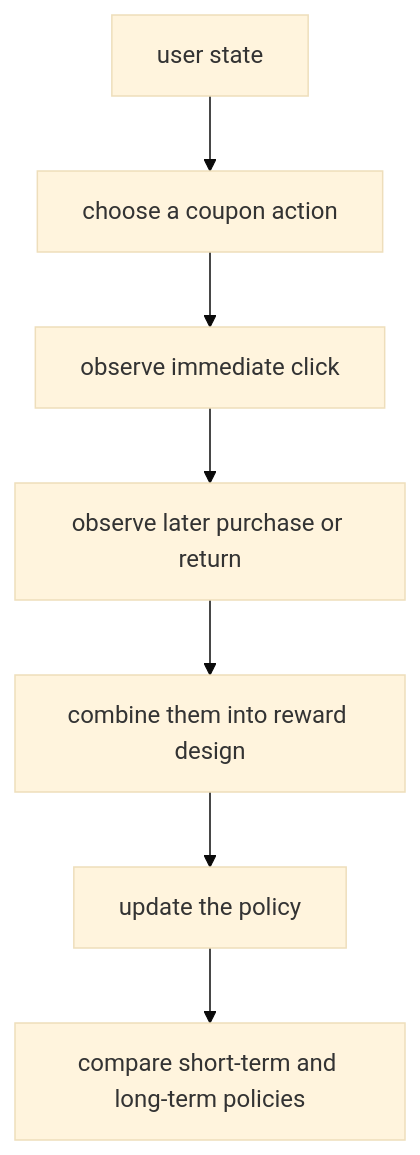
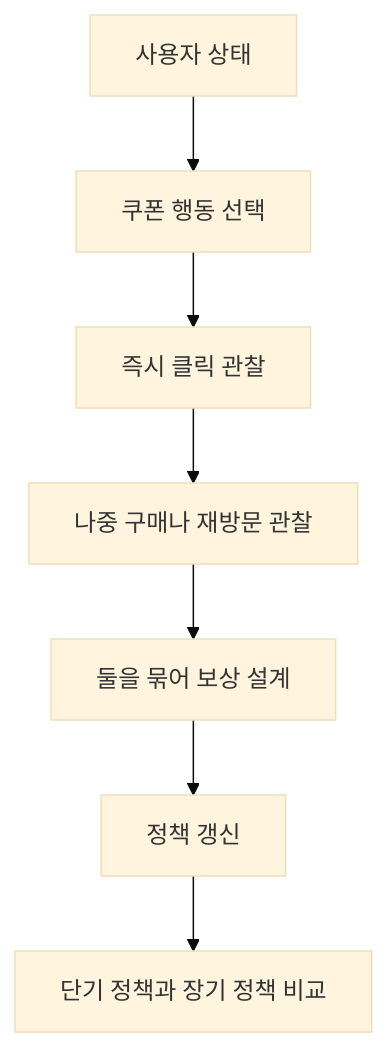
One commit to devchan64/AiBook changed the third of 3 diagrams in docs/parts/part-04/chapter-02/section-03.md. Above: the diagram before and after it, drawn with Mermaid (base theme). The commit also changed other lines of this file and 21 other files, not shown here.

````diff
--- a/docs/parts/part-04/chapter-02/section-03.md
+++ b/docs/parts/part-04/chapter-02/section-03.md
@@ -198,12 +198,12 @@
 ```mermaid
 flowchart TD
-  A["user state"]
-  B["choose a coupon action"]
-  C["observe immediate click"]
-  D["observe later purchase or return"]
-  E["combine them into reward design"]
-  F["update the policy"]
-  G["compare short-term and long-term policies"]
+  A["사용자 상태"]
+  B["쿠폰 행동 선택"]
+  C["즉시 클릭 관찰"]
+  D["나중 구매나 재방문 관찰"]
+  E["둘을 묶어 보상 설계"]
+  F["정책 갱신"]
+  G["단기 정책과 장기 정책 비교"]
 
   A --> B --> C --> D --> E --> F --> G
 ```
````
